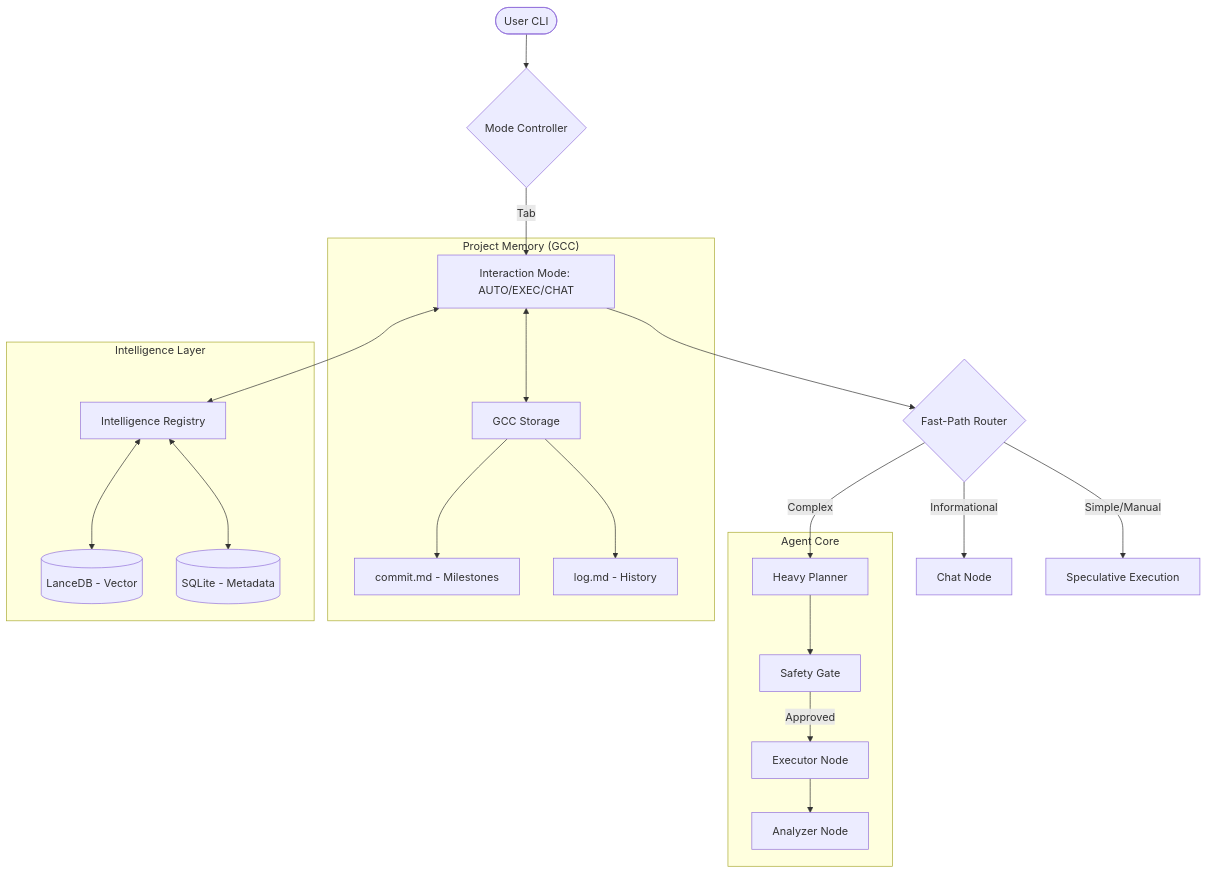
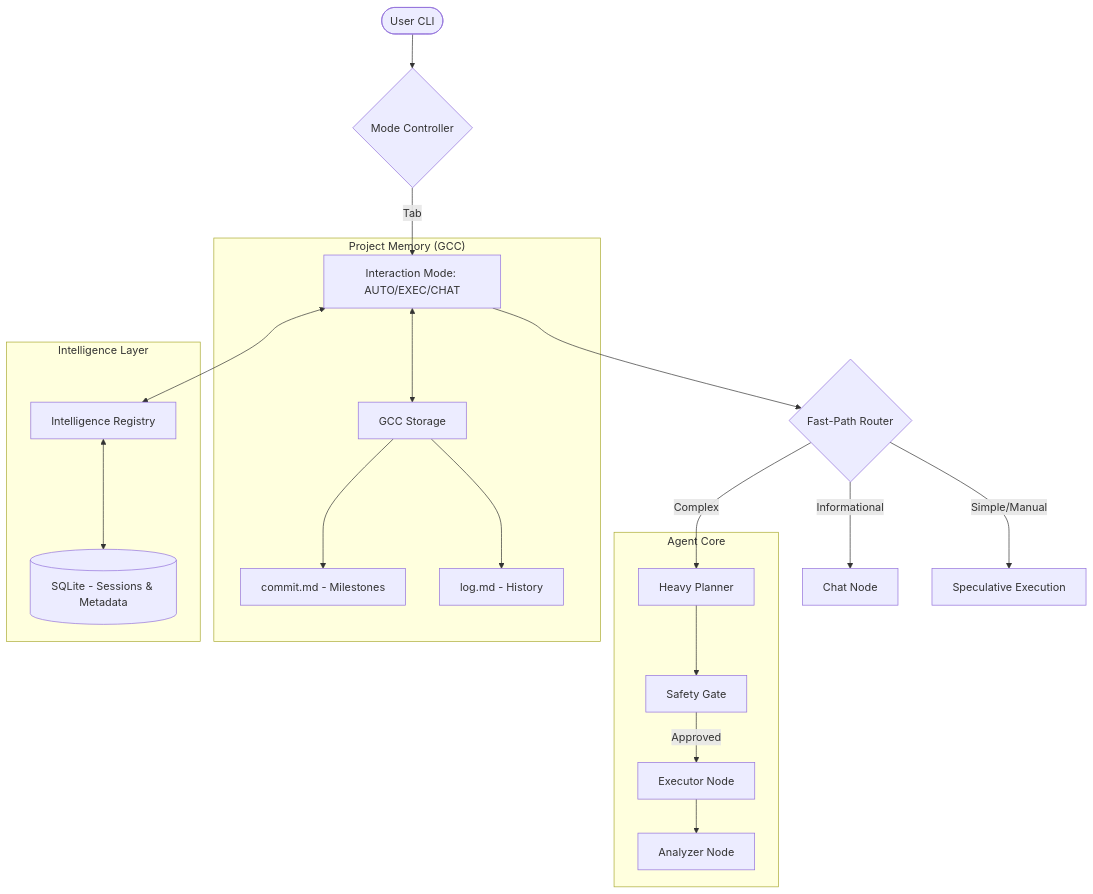
The diagram in README.md (NayanEupho/DevOpsAgent-cli), drawn with Mermaid before and after one commit. The commit also changed other lines of this file and 17 other files, not shown here.

````diff
--- a/README.md
+++ b/README.md
@@ -31,28 +31,27 @@
 ```mermaid
 graph TD
     User([User CLI]) --> Mode{Mode Controller}
     Mode -- Tab --> Interaction[Interaction Mode: AUTO/EXEC/CHAT]
     Interaction --> Router{Fast-Path Router}
     
     Router -- Simple/Manual --> Fast[Speculative Execution]
     Router -- Informational --> ChatNode[Chat Node]
     Router -- Complex --> Planner[Heavy Planner]
 
     subgraph "Agent Core"
         Planner --> Safety[Safety Gate]
         Safety -- Approved --> Executor[Executor Node]
         Executor --> Analyzer[Analyzer Node]
     end
     
     subgraph "Project Memory (GCC)"
         Interaction <--> GCC[GCC Storage]
         GCC --> Log[log.md - History]
         GCC --> Commit[commit.md - Milestones]
     end
     
     subgraph "Intelligence Layer"
         Interaction <--> Registry[Intelligence Registry]
-        Registry <--> SQLite[(SQLite - Metadata)]
-        Registry <--> LanceDB[(LanceDB - Vector)]
+        Registry <--> SQLite[(SQLite - Sessions & Metadata)]
     end
 ```
````
